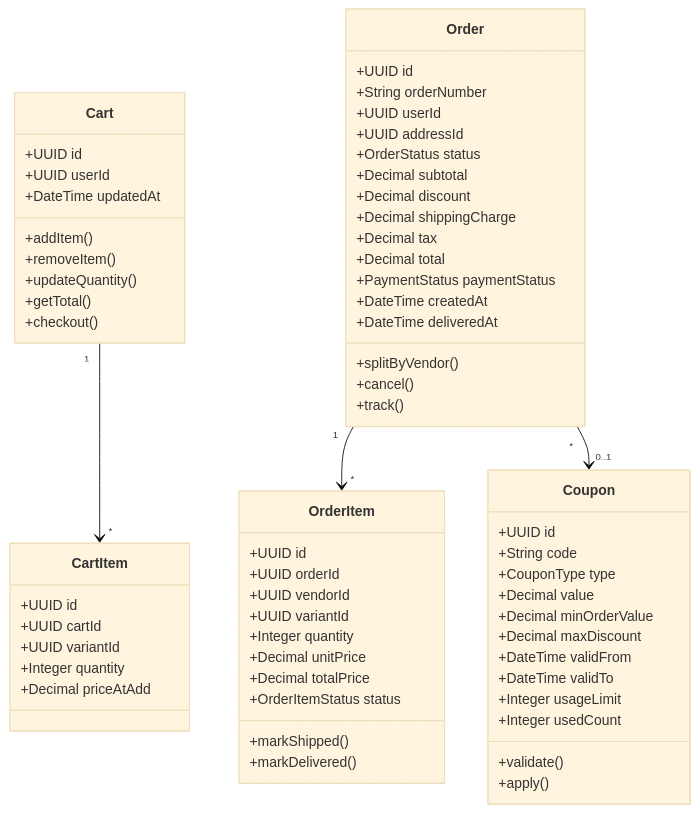
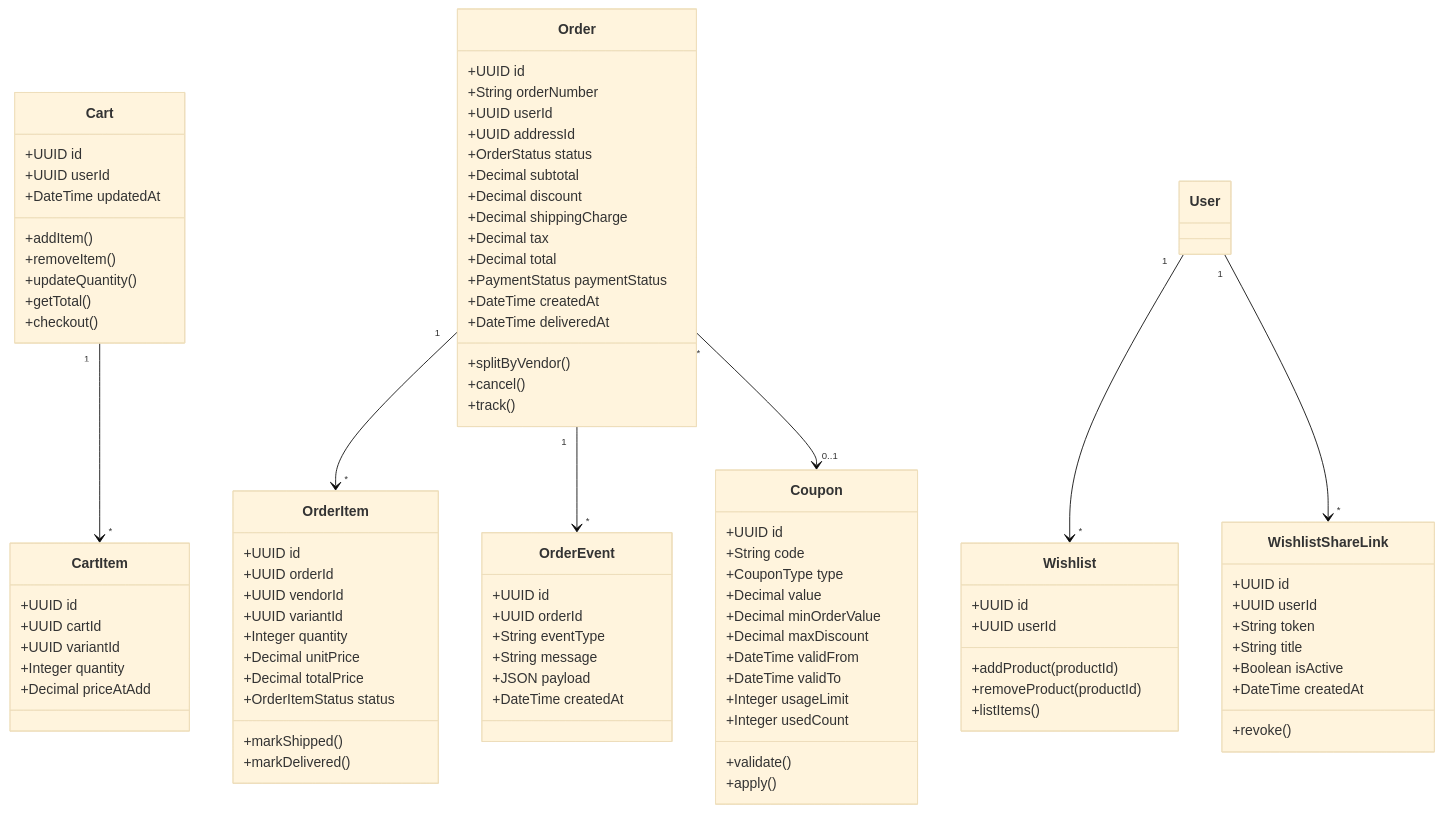
The fourth of 8 diagrams in docs/system-design/high-level-design/domain-model.md (0Ankit0/e-commerce), drawn with Mermaid (base theme) before and after one commit. The commit also changed other lines of this file and 24 other files, not shown here.

````diff
--- a/docs/system-design/high-level-design/domain-model.md
+++ b/docs/system-design/high-level-design/domain-model.md
@@ -218,6 +247,24 @@
         +updateQuantity()
         +getTotal()
         +checkout()
+    }
+
+    class Wishlist {
+        +UUID id
+        +UUID userId
+        +addProduct(productId)
+        +removeProduct(productId)
+        +listItems()
+    }
+
+    class WishlistShareLink {
+        +UUID id
+        +UUID userId
+        +String token
+        +String title
+        +Boolean isActive
+        +DateTime createdAt
+        +revoke()
     }
 
     class CartItem {
@@ -275,7 +322,19 @@
         +apply()
     }
 
+    class OrderEvent {
+        +UUID id
+        +UUID orderId
+        +String eventType
+        +String message
+        +JSON payload
+        +DateTime createdAt
+    }
+
     Cart "1" --> "*" CartItem
+    User "1" --> "*" Wishlist
+    User "1" --> "*" WishlistShareLink
     Order "1" --> "*" OrderItem
+    Order "1" --> "*" OrderEvent
     Order "*" --> "0..1" Coupon
 ```
````
